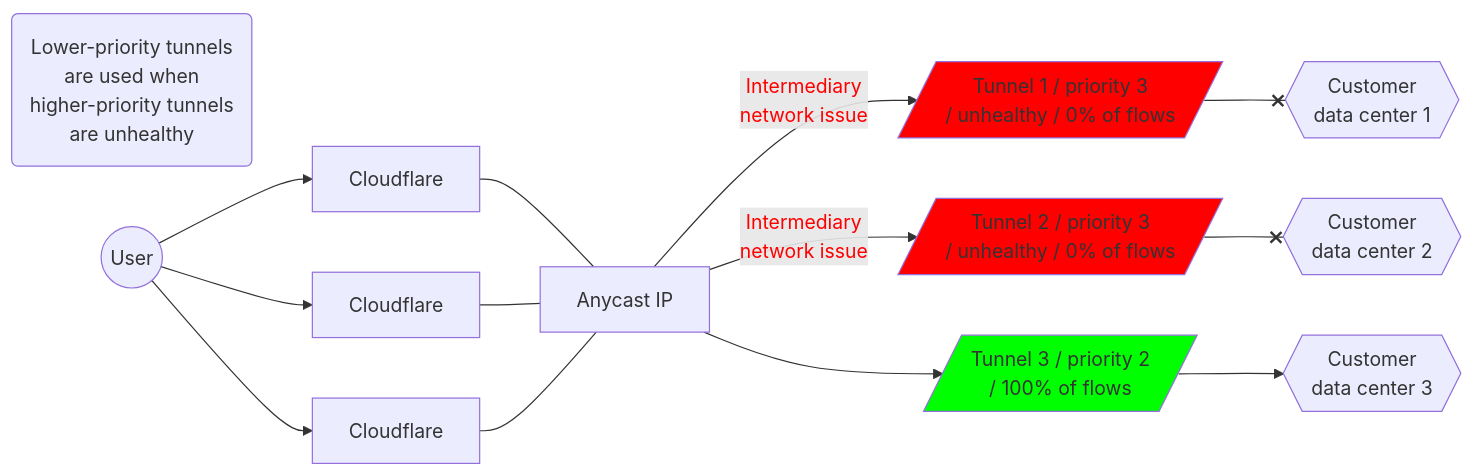
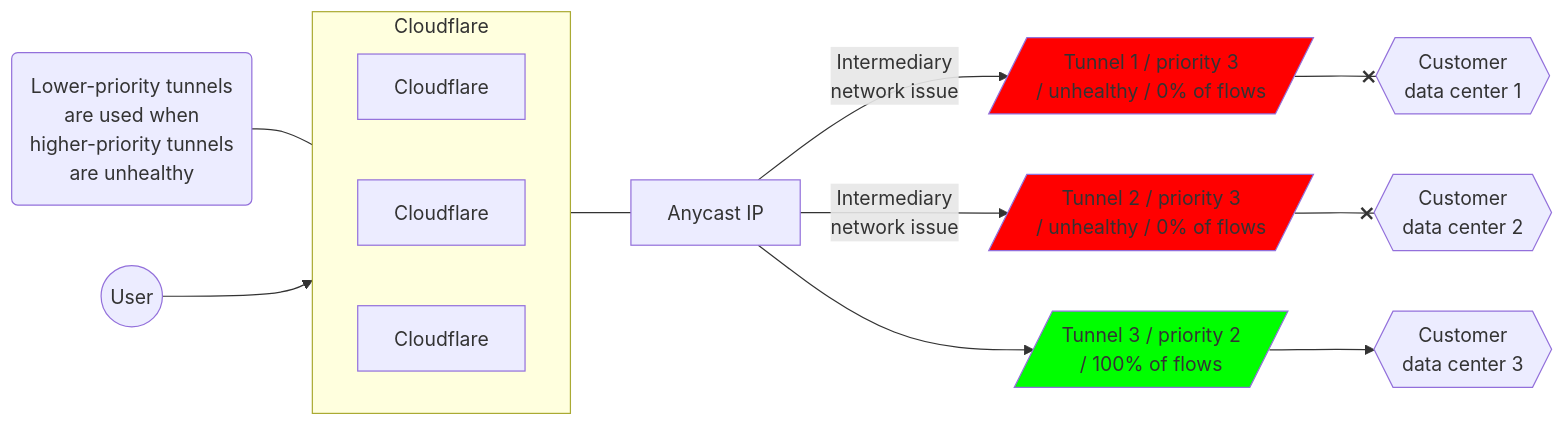
The fourth of 4 diagrams in content/magic-transit/reference/traffic-steering.md (cloudflare/cloudflare-docs), drawn with Mermaid before and after one commit. The commit also changed other lines of this file, not shown here.

Commit message:
corrected graphics

````diff
--- a/content/magic-transit/reference/traffic-steering.md
+++ b/content/magic-transit/reference/traffic-steering.md
@@ -86,14 +110,22 @@
 ```mermaid
 flowchart LR
 accTitle: Tunnels diagram
 accDescr: This example has Tunnel 1 and 2 unhealthy, and all traffic prioritized to Tunnel 3.
+
+subgraph Cloudflare
+direction LR
+B[Cloudflare]
+C[Cloudflare]
+D[Cloudflare]
+end
+
+Z(Lower-priority tunnels <br> are used when <br> higher-priority tunnels <br> are unhealthy) --- Cloudflare
+A((User)) --> Cloudflare --- E[Anycast IP]
+E[Anycast IP]  -- Intermediary <br> network issue -->  F[/Tunnel 1 / priority 3 <br> / unhealthy / 0% of flows/]:::red --x I{{Customer <br> data center 1}}
+E[Anycast IP]  -- Intermediary <br> network issue -->  G[/Tunnel 2 / priority 3 <br> / unhealthy / 0% of flows/]:::red --x J{{Customer <br> data center 2}}
+E[Anycast IP] -->  H[/Tunnel 3 / priority 2 <br> / 100% of flows/]:::green --> K{{Customer <br> data center 3}}
 classDef red fill:#FF0000
 classDef green fill:#00FF00
-D(Lower-priority tunnels <br> are used when <br> higher-priority tunnels <br> are unhealthy)
-A((User)) --> B[Cloudflare] & x[Cloudflare] & z[Cloudflare] --- C[Anycast IP]
-C[Anycast IP]  -- Intermediary <br> network issue -->  E[/Tunnel 1 / priority 3 <br> / unhealthy / 0% of flows/]:::red --x H{{Customer <br> data center 1}}
-C[Anycast IP]  -- Intermediary <br> network issue -->  F[/Tunnel 2 / priority 3 <br> / unhealthy / 0% of flows/]:::red --x I{{Customer <br> data center 2}}
-C[Anycast IP] -->  G[/Tunnel 3 / priority 2 <br> / 100% of flows/]:::green --> J{{Customer <br> data center 3}}
 linkStyle 6 color:red
 linkStyle 8 color:red
 ```
````
